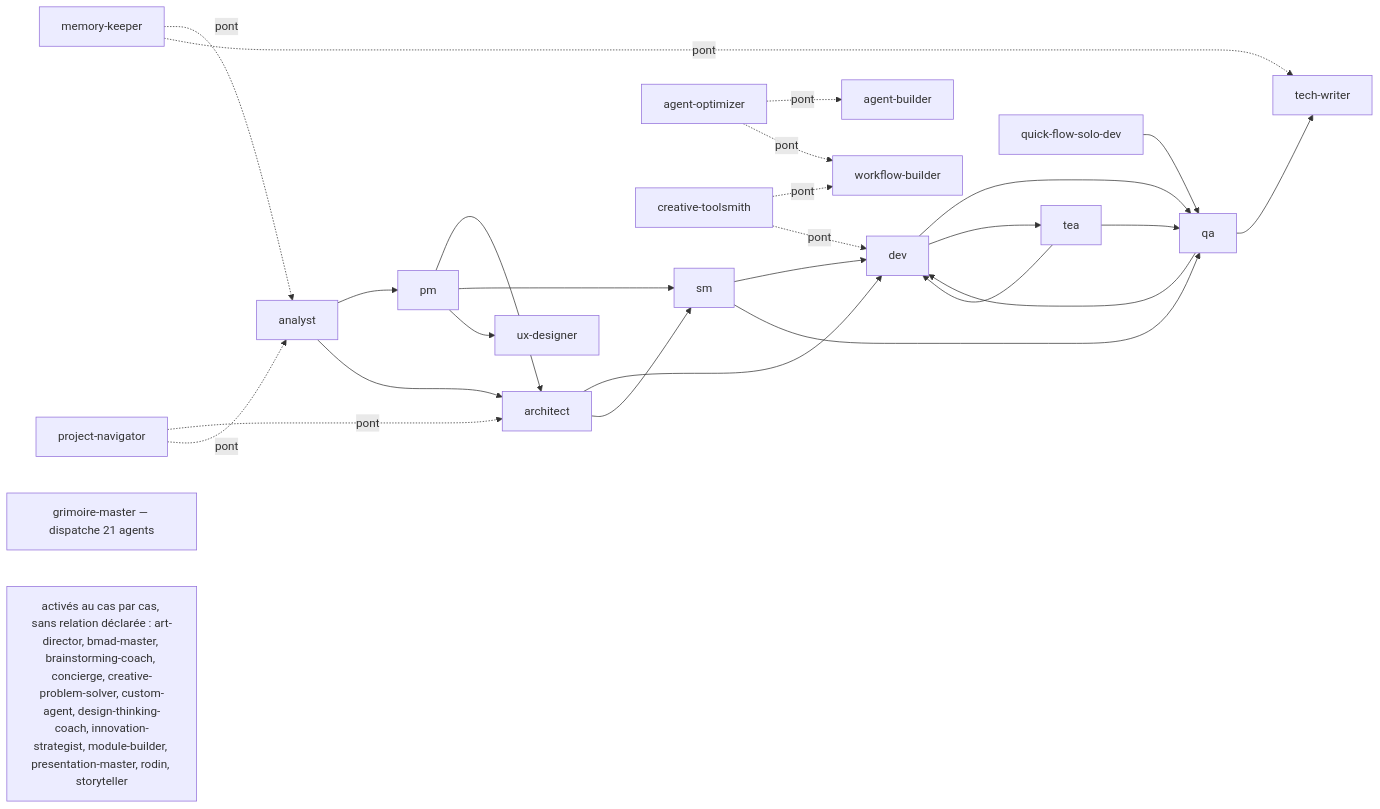
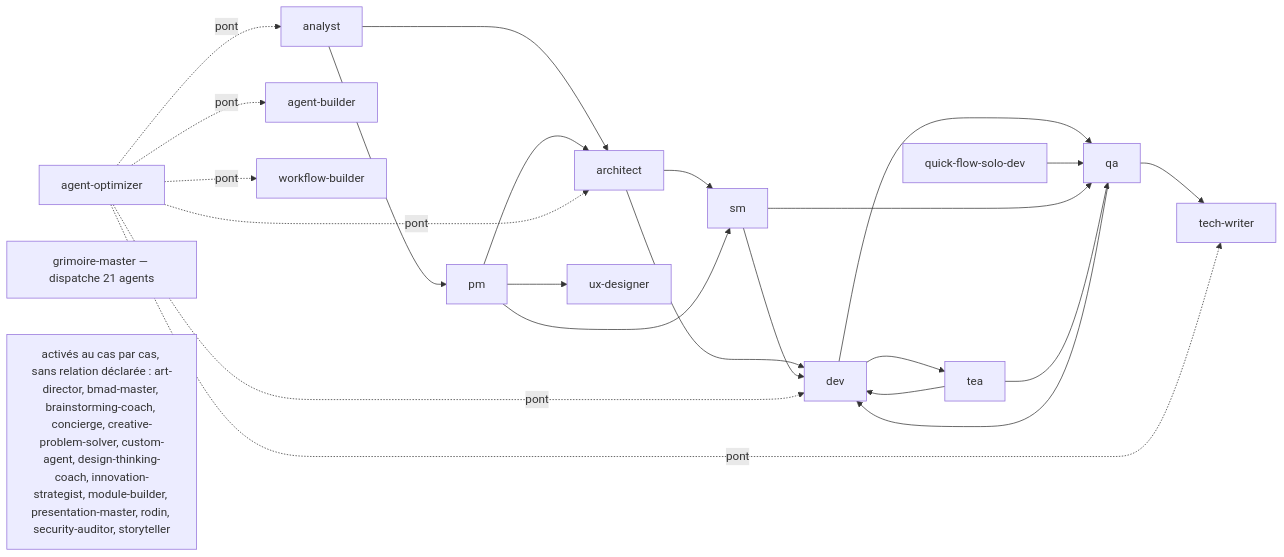
One commit to Guilhem-Bonnet/grimoire-forge changed the diagram in docs/agent-map.md. Above: the diagram before and after it, drawn with Mermaid. The commit also changed other lines of this file and 1 other file, not shown here.

Commit message:
chore(forge): aligner la carte des agents sur les skills attachés de la 3.42.0

````diff
--- a/docs/agent-map.md
+++ b/docs/agent-map.md
@@ -76,29 +72,27 @@
 ```mermaid
 graph LR
   analyst --> pm
   analyst --> architect
   architect --> dev
   architect --> sm
   dev --> qa
   dev --> tea
   pm --> architect
   pm --> sm
   pm --> ux-designer
   qa --> dev
   qa --> tech-writer
   quick-flow-solo-dev --> qa
   sm --> dev
   sm --> qa
   tea --> dev
   tea --> qa
-  memory-keeper -.pont.-> analyst
-  memory-keeper -.pont.-> tech-writer
-  project-navigator -.pont.-> architect
-  project-navigator -.pont.-> analyst
   agent-optimizer -.pont.-> agent-builder
   agent-optimizer -.pont.-> workflow-builder
-  creative-toolsmith -.pont.-> workflow-builder
-  creative-toolsmith -.pont.-> dev
+  agent-optimizer -.pont.-> analyst
+  agent-optimizer -.pont.-> tech-writer
+  agent-optimizer -.pont.-> architect
+  agent-optimizer -.pont.-> dev
   grimoire-master["grimoire-master — dispatche 21 agents"]
-  isoles["activés au cas par cas, sans relation déclarée : art-director, bmad-master, brainstorming-coach, concierge, creative-problem-solver, custom-agent, design-thinking-coach, innovation-strategist, module-builder, presentation-master, rodin, storyteller"]
+  isoles["activés au cas par cas, sans relation déclarée : art-director, bmad-master, brainstorming-coach, concierge, creative-problem-solver, custom-agent, design-thinking-coach, innovation-strategist, module-builder, presentation-master, rodin, security-auditor, storyteller"]
 ```
````
